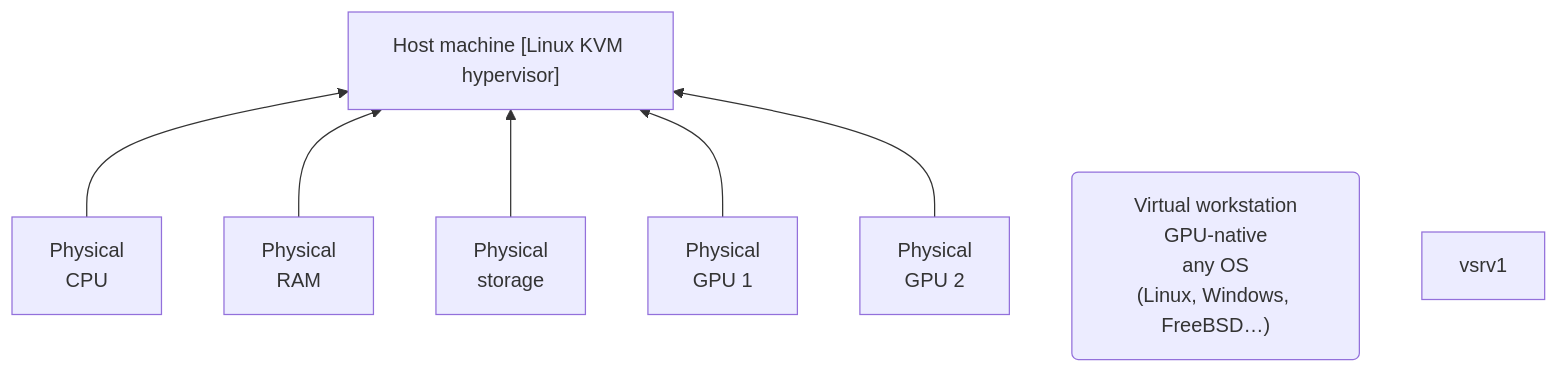
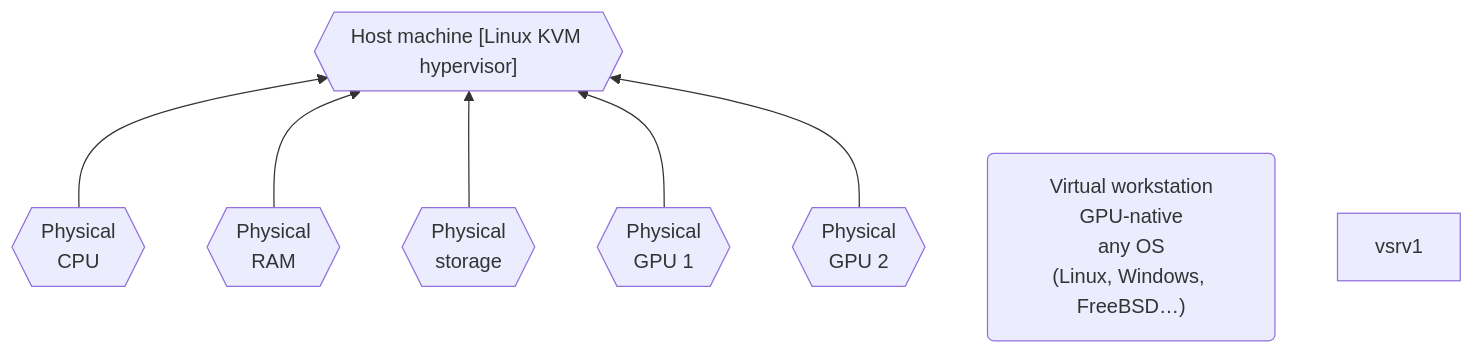
Before and after one commit to agenkit/GHost: the diagram in README.md, drawn with Mermaid.

````diff
--- a/README.md
+++ b/README.md
@@ -7,20 +7,20 @@
 ```mermaid
 graph BT;
-   pcpu["Physical<br>CPU"];
-   pmem["Physical<br>RAM"];
-   pstor["Physical<br>storage"];
-   pgpu1["Physical<br>GPU 1"];
-   pgpu2["Physical<br>GPU 2"];
-   host["Host machine [Linux KVM hypervisor]"];
+   pcpu{{"Physical<br>CPU"}};
+   pmem{{"Physical<br>RAM"}};
+   pstor{{"Physical<br>storage"}};
+   pgpu1{{"Physical<br>GPU 1"}};
+   pgpu2{{"Physical<br>GPU 2"}};
+   host{{"Host machine [Linux KVM hypervisor]"}};
 
 vws("Virtual workstation<br>GPU-native<br>any OS<br>(Linux, Windows, FreeBSD…)")
 vsrv1
 
 
 
 
 
 
    pcpu & pmem & pstor & pgpu1 & pgpu2 --> host;
 
 ```
````
